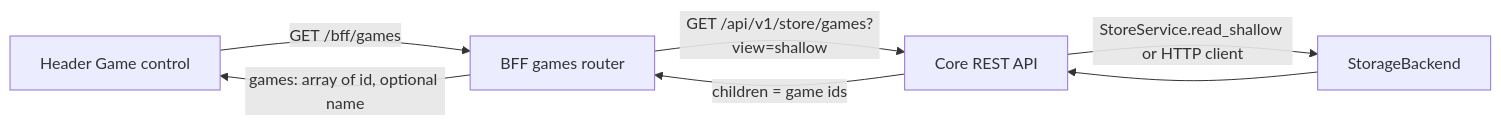
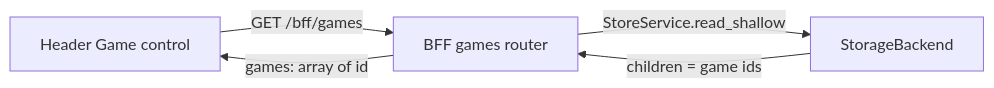
The diagram in docs/design-issue-13-game-selection.md (SteveDraper/Planets-Console), drawn with Mermaid before and after one commit. The commit also changed other lines of this file and 1 other file, not shown here.

````diff
--- a/docs/design-issue-13-game-selection.md
+++ b/docs/design-issue-13-game-selection.md
@@ -55,9 +61,7 @@
 ```mermaid
 flowchart LR
   Frontend[Header Game control] -->|GET /bff/games| BFF[BFF games router]
-  BFF -->|GET /api/v1/store/games?view=shallow| Core[Core REST API]
-  Core -->|StoreService.read_shallow or HTTP client| Store[StorageBackend]
-  Store --> Core
-  Core -->|children = game ids| BFF
-  BFF -->|games: array of id, optional name| Frontend
+  BFF -->|StoreService.read_shallow| Store[StorageBackend]
+  Store -->|children = game ids| BFF
+  BFF -->|games: array of id| Frontend
 ```
````
